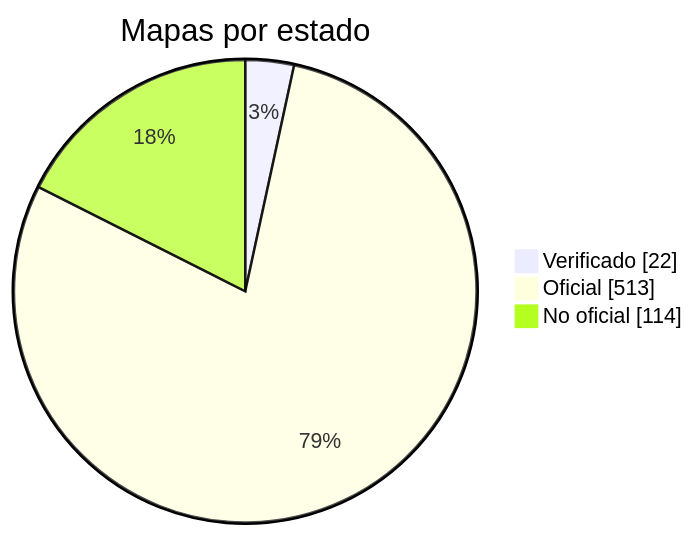
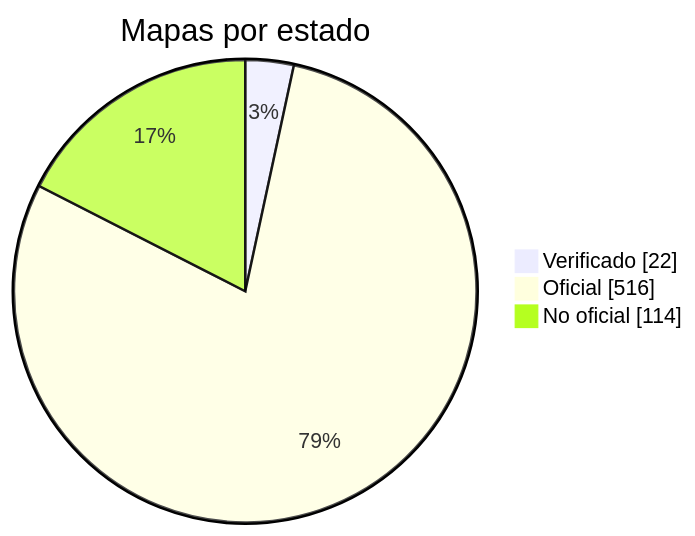
The diagram in docs/readme/README_ES.md (nobrega8/mbmap-library), drawn with Mermaid before and after one commit. The commit also changed 8 other files, not shown here.

````diff
--- a/docs/readme/README_ES.md
+++ b/docs/readme/README_ES.md
@@ -54,7 +54,7 @@
 ```mermaid
 pie showData
     title Mapas por estado
     "Verificado" : 22
-    "Oficial" : 513
+    "Oficial" : 516
     "No oficial" : 114
 ```
````
